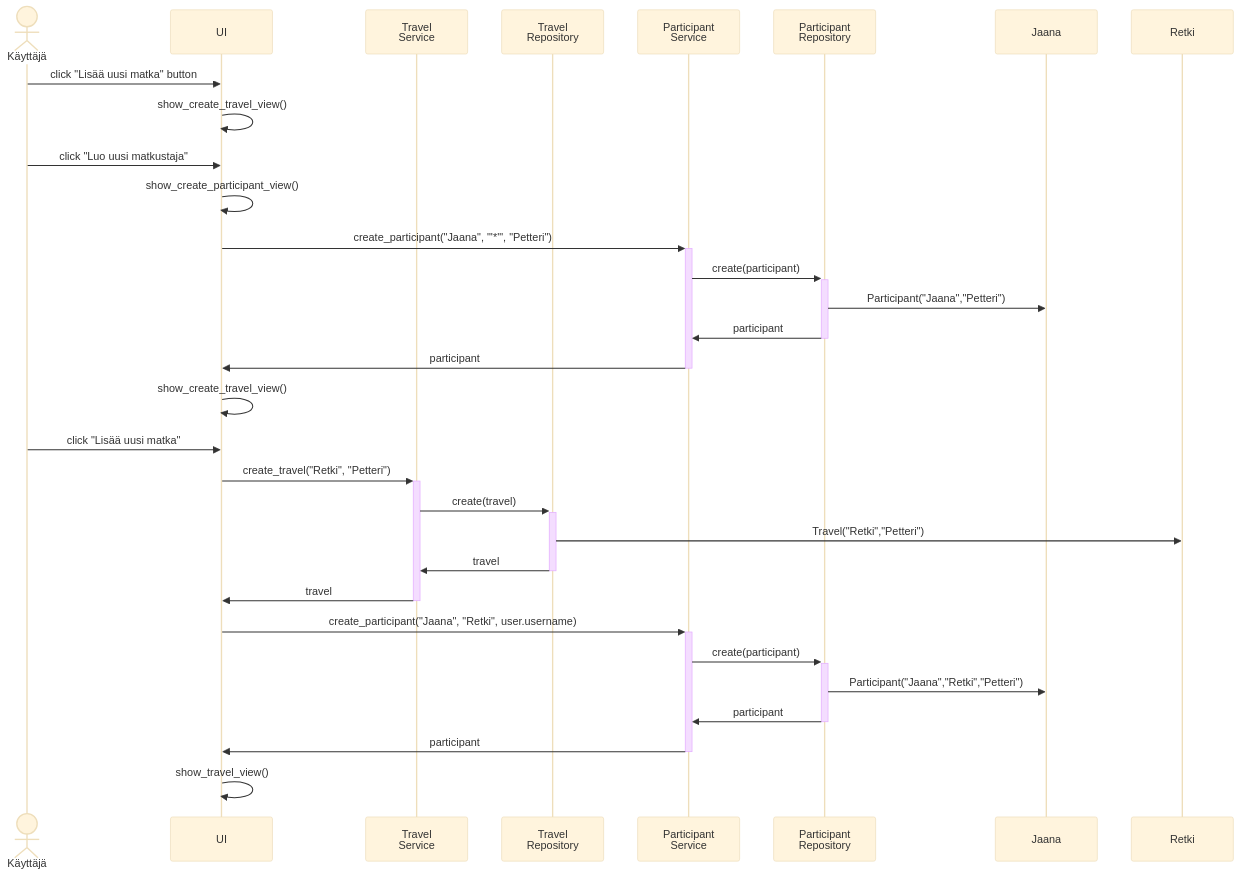
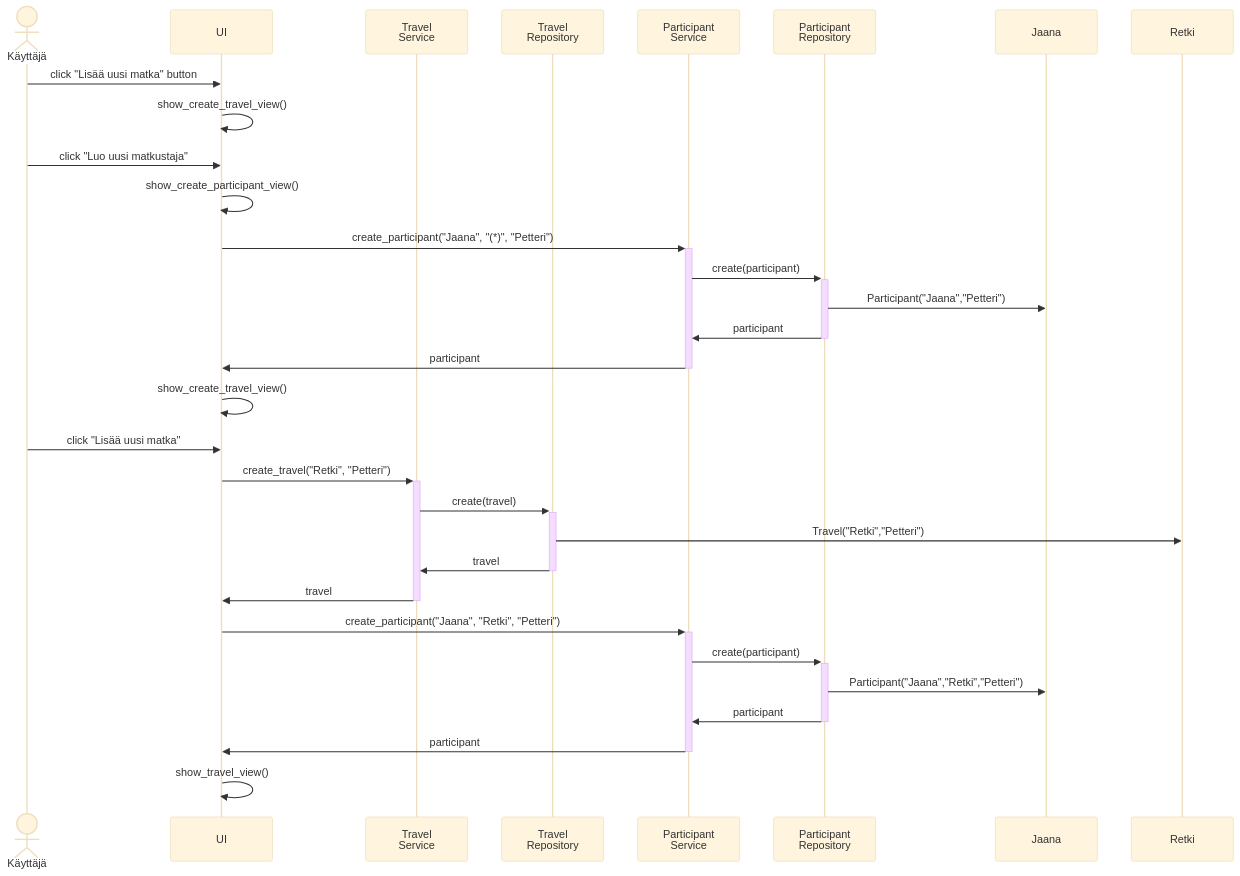
The third of 3 diagrams in travel-expense-calculator-app/dokumentaatio/arkkitehtuuri.md (phuvio/ot-harjoitustyo), drawn with Mermaid (base theme) before and after one commit.

````diff
--- a/travel-expense-calculator-app/dokumentaatio/arkkitehtuuri.md
+++ b/travel-expense-calculator-app/dokumentaatio/arkkitehtuuri.md
@@ -71,34 +71,34 @@
 ```mermaid
  sequenceDiagram
    Actor K as Käyttäjä
    participant U as UI
    participant T as Travel <br> Service
    participant TR as Travel <br> Repository
    participant P as Participant <br> Service
    participant PR as Participant <br> Repository
    participant J as Jaana
    participant M as Retki
    K->>U: click "Lisää uusi matka" button
    U->>U: show_create_travel_view()
    K->>U: click "Luo uusi matkustaja"
    U->>U: show_create_participant_view()
-   U->>+P: create_participant("Jaana", "'*'", "Petteri")
+   U->>+P: create_participant("Jaana", "(*)", "Petteri")
    P->>+PR: create(participant)
    PR->>J: Participant("Jaana","Petteri")
    PR->>-P: participant
    P->>-U: participant
    U->>U: show_create_travel_view()
    K->>U: click "Lisää uusi matka"
    U->>+T: create_travel("Retki", "Petteri")
    T->>+TR: create(travel)
    TR->>M: Travel("Retki","Petteri")
    TR->>-T: travel
    T->>-U: travel
-   U->>+P: create_participant("Jaana", "Retki", user.username)
+   U->>+P: create_participant("Jaana", "Retki", "Petteri")
    P->>+PR: create(participant)
    PR->>J: Participant("Jaana","Retki","Petteri")
    PR->>-P: participant
    P->>-U: participant
    U->>U: show_travel_view()
 
 ```
````
